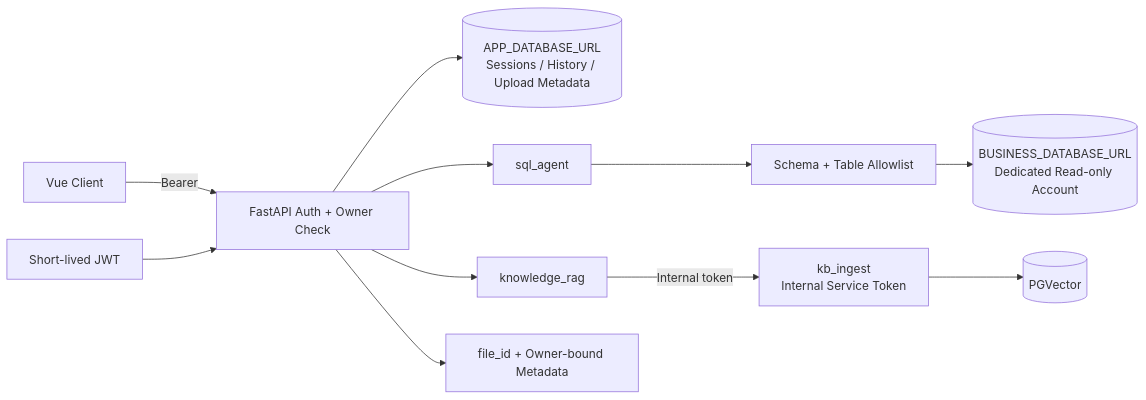
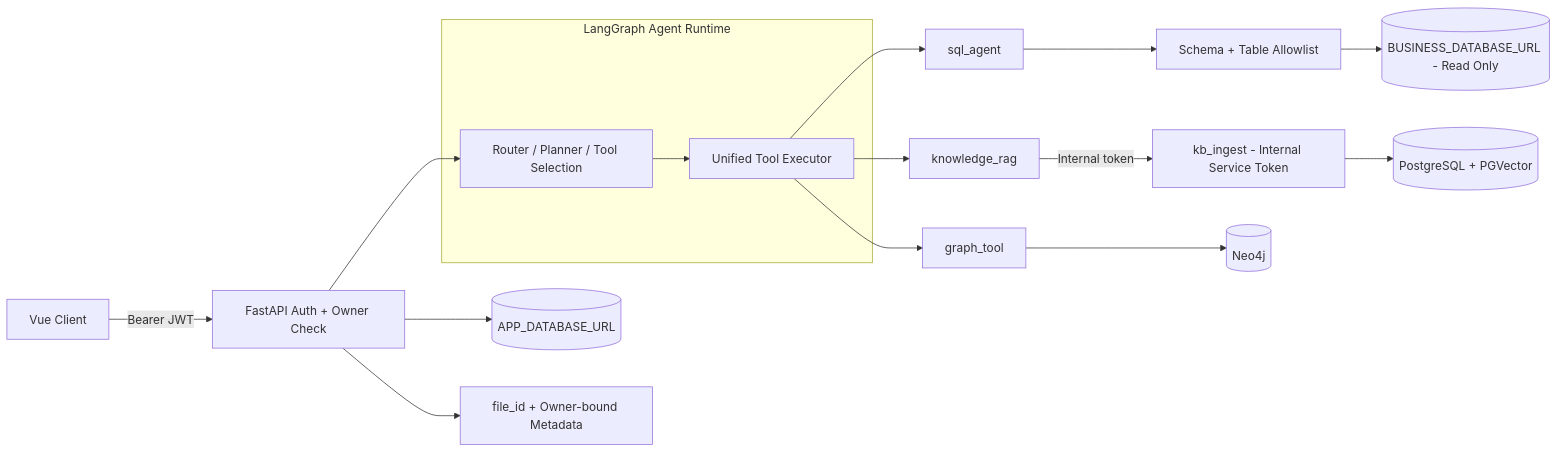
The third of 3 diagrams in docs/ARCHITECTURE.md (YingliaoO/langgraph-data-agent), drawn with Mermaid before and after one commit. The commit also changed other lines of this file and 2 other files, not shown here.

Commit message:
docs: finalize architecture diagrams and links

````diff
--- a/docs/ARCHITECTURE.md
+++ b/docs/ARCHITECTURE.md
@@ -339,23 +346,37 @@
-``` mermaid
+```mermaid
 flowchart LR
     CLIENT[Vue Client]
-    TOKEN[Short-lived JWT]
     API[FastAPI Auth + Owner Check]
-    APPDB[(APP_DATABASE_URL\nSessions / History / Upload Metadata)]
-    SQL[sql_agent]
-    BIZDB[(BUSINESS_DATABASE_URL\nDedicated Read-only Account)]
-    ALLOW[Schema + Table Allowlist]
-    RAG[knowledge_rag]
-    SVC[kb_ingest\nInternal Service Token]
-    PG[(PGVector)]
+    APPDB[(APP_DATABASE_URL)]
     FILE[file_id + Owner-bound Metadata]
 
-    CLIENT -->|Bearer| API
-    TOKEN --> API
+    subgraph Agent["LangGraph Agent Runtime"]
+        ORCH[Router / Planner / Tool Selection]
+        EXEC[Unified Tool Executor]
+        ORCH --> EXEC
+    end
+
+    SQL[sql_agent]
+    ALLOW[Schema + Table Allowlist]
+    BIZDB[(BUSINESS_DATABASE_URL - Read Only)]
+
+    RAG[knowledge_rag]
+    SVC[kb_ingest - Internal Service Token]
+    PG[(PostgreSQL + PGVector)]
+
+    GRAPH[graph_tool]
+    NEO[(Neo4j)]
+
+    CLIENT -->|Bearer JWT| API
     API --> APPDB
     API --> FILE
-    API --> SQL
+    API --> ORCH
+
+    EXEC --> SQL
+    EXEC --> RAG
+    EXEC --> GRAPH
+
     SQL --> ALLOW --> BIZDB
-    API --> RAG
     RAG -->|Internal token| SVC --> PG
+    GRAPH --> NEO
 ```
````
